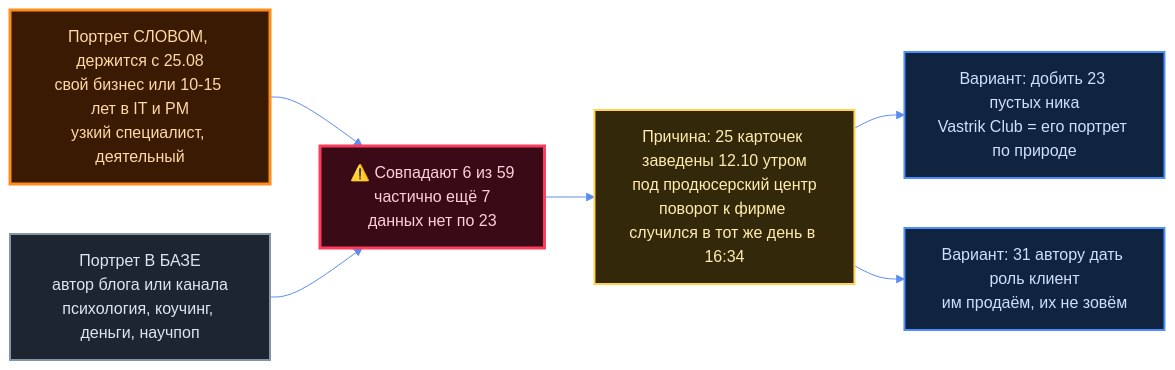
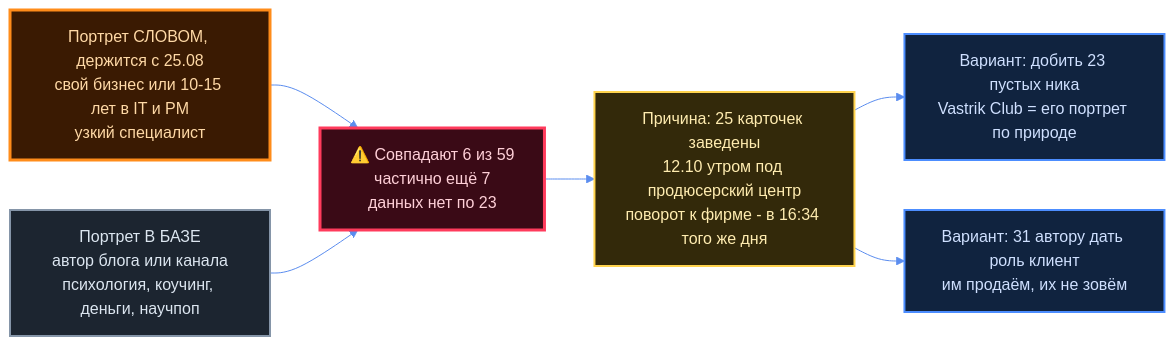
The second of 5 diagrams in projects/konsaltingovaya-firma/docs/04-PORTRET-I-PREDLOZHENIE.md (Bogersebekov/jetix-production-company), drawn with Mermaid before and after one commit. The commit also changed other lines of this file, not shown here.

````diff
--- a/projects/konsaltingovaya-firma/docs/04-PORTRET-I-PREDLOZHENIE.md
+++ b/projects/konsaltingovaya-firma/docs/04-PORTRET-I-PREDLOZHENIE.md
@@ -293,21 +293,21 @@
 ```mermaid
 %%{init: {"theme":"base","themeVariables":{"background":"#05070D","primaryColor":"#0E2A4D","primaryTextColor":"#EAF2FF","primaryBorderColor":"#3D7BFF","lineColor":"#5B8DEF","textColor":"#EAF2FF","clusterBkg":"#0A1830","clusterBorder":"#2B4A7A","nodeBorder":"#3D7BFF","edgeLabelBackground":"#0E2647","fontFamily":"Inter, Arial, sans-serif"}}}%%
 flowchart LR
-    SAID["Портрет СЛОВОМ, держится с 25.08<br/>свой бизнес или 10-15 лет в IT и PM<br/>узкий специалист, деятельный"]:::goal
+    SAID["Портрет СЛОВОМ, держится с 25.08<br/>свой бизнес или 10-15 лет в IT и PM<br/>узкий специалист"]:::goal
     HAVE["Портрет В БАЗЕ<br/>автор блога или канала<br/>психология, коучинг, деньги, научпоп"]:::entity
     SPLIT["⚠️ Совпадают 6 из 59<br/>частично ещё 7<br/>данных нет по 23"]:::accent
-    WHY["Причина: 25 карточек заведены 12.10 утром<br/>под продюсерский центр<br/>поворот к фирме случился в тот же день в 16:34"]:::crosscut
+    WHY["Причина: 25 карточек заведены<br/>12.10 утром под продюсерский центр<br/>поворот к фирме - в 16:34 того же дня"]:::crosscut
     FIX1["Вариант: добить 23 пустых ника<br/>Vastrik Club = его портрет по природе"]:::direction
     FIX2["Вариант: 31 автору дать роль клиент<br/>им продаём, их не зовём"]:::direction
 
     SAID --> SPLIT
     HAVE --> SPLIT
     SPLIT --> WHY
     WHY --> FIX1 & FIX2
 
     classDef goal fill:#3A1A02,stroke:#FF8C1A,stroke-width:3px,color:#FFD9A6
     classDef direction fill:#10233F,stroke:#4C8DFF,stroke-width:2px,color:#CFE0FF
     classDef entity fill:#1C2530,stroke:#8595A8,stroke-width:2px,color:#DCE6F0
     classDef crosscut fill:#33290A,stroke:#FFD34E,stroke-width:2px,color:#FFECB0
     classDef accent fill:#3A0A16,stroke:#FF3B5C,stroke-width:3px,color:#FFD0D8
 ```
````
